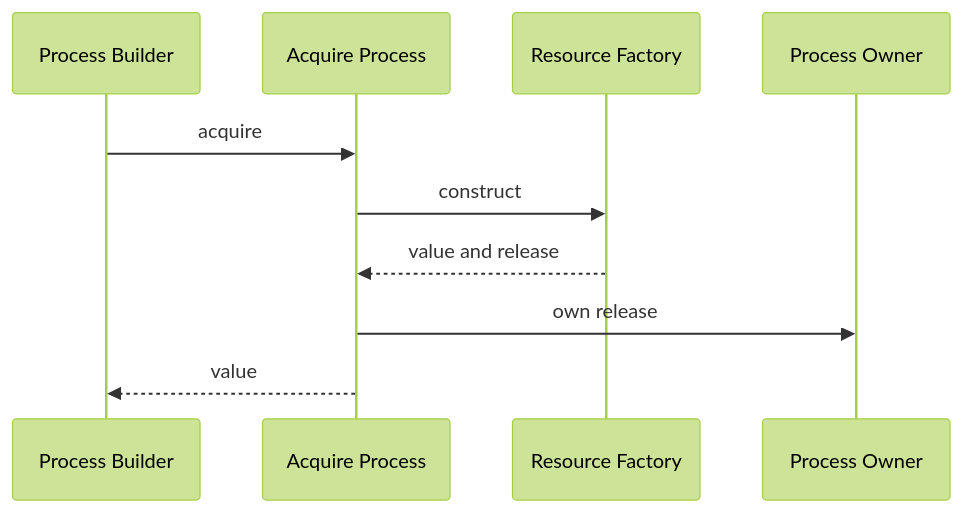
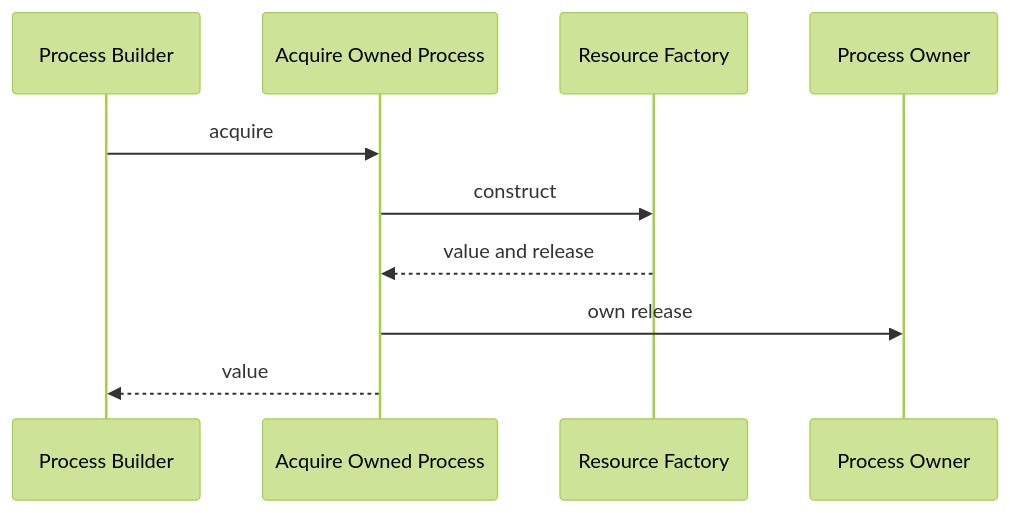
The second of 4 diagrams in .kiro/specs/atomic-owned-resource-lifecycle/design.md (matdev83/go-llm-interactive-proxy), drawn with Mermaid (forest theme) before and after one commit. The commit also changed other lines of this file and 5 other files, not shown here.

````diff
--- a/.kiro/specs/atomic-owned-resource-lifecycle/design.md
+++ b/.kiro/specs/atomic-owned-resource-lifecycle/design.md
@@ -105,13 +105,13 @@
 ```mermaid
 sequenceDiagram
     participant B as Process Builder
-    participant A as Acquire Process
+    participant A as Acquire Owned Process
     participant R as Resource Factory
     participant O as Process Owner
 
     B->>A: acquire
     A->>R: construct
     R-->>A: value and release
     A->>O: own release
     A-->>B: value
 ```
````
